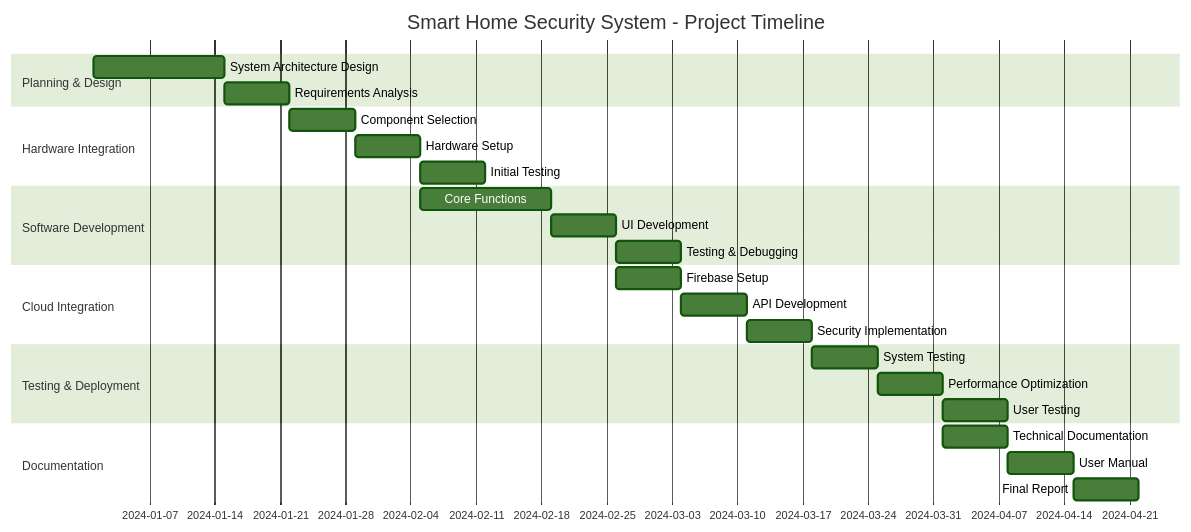
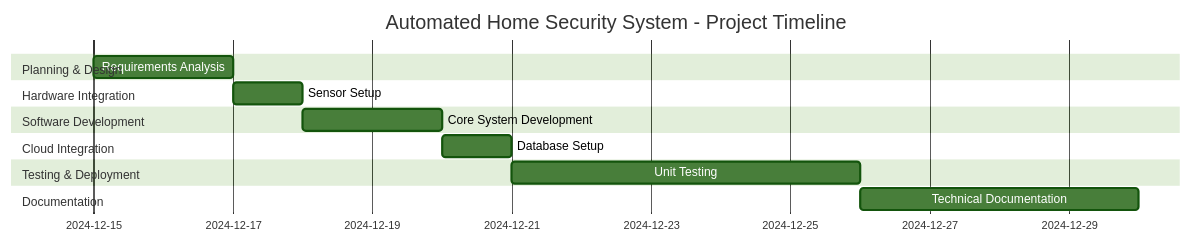
One commit to AdithyaSean/Automated-Home-Security-System changed the diagram in docs/figures/gantt-chart.md. Above: the diagram before and after it, drawn with Mermaid (forest theme). The commit also changed 4 other files, not shown here.

Commit message:
gantt chart fix and references correction

````diff
--- a/docs/figures/gantt-chart.md
+++ b/docs/figures/gantt-chart.md
@@ -1,34 +1,22 @@
 ```mermaid
 gantt
-    title Smart Home Security System - Project Timeline
-    dateFormat  YYYY-MM-DD
+    title Automated Home Security System - Project Timeline
     
     section Planning & Design
-    System Architecture Design    :des1, 2024-01-01, 14d
-    Requirements Analysis        :des2, after des1, 7d
+    Requirements Analysis           :2024-12-15, 2d
     
     section Hardware Integration
-    Component Selection         :hw1, after des2, 7d
-    Hardware Setup             :hw2, after hw1, 7d
-    Initial Testing            :hw3, after hw2, 7d
+    Sensor Setup                    :2024-12-17, 1d
     
     section Software Development
-    Core Functions             :sw1, after hw2, 14d
-    UI Development            :sw2, after sw1, 7d
-    Testing & Debugging       :sw3, after sw2, 7d
+    Core System Development         :2024-12-18, 2d
     
     section Cloud Integration
-    Firebase Setup            :cloud1, after sw2, 7d
-    API Development          :cloud2, after cloud1, 7d
-    Security Implementation  :cloud3, after cloud2, 7d
+    Database Setup                  :2024-12-20, 1d
     
     section Testing & Deployment
-    System Testing           :test1, after cloud3, 7d
-    Performance Optimization :test2, after test1, 7d
-    User Testing            :test3, after test2, 7d
+    Unit Testing                    :2024-12-21, 5d
     
     section Documentation
-    Technical Documentation  :doc1, after test2, 7d
-    User Manual             :doc2, after doc1, 7d
-    Final Report            :doc3, after doc2, 7d
+    Technical Documentation         :2024-12-26, 4d
 ```
````
